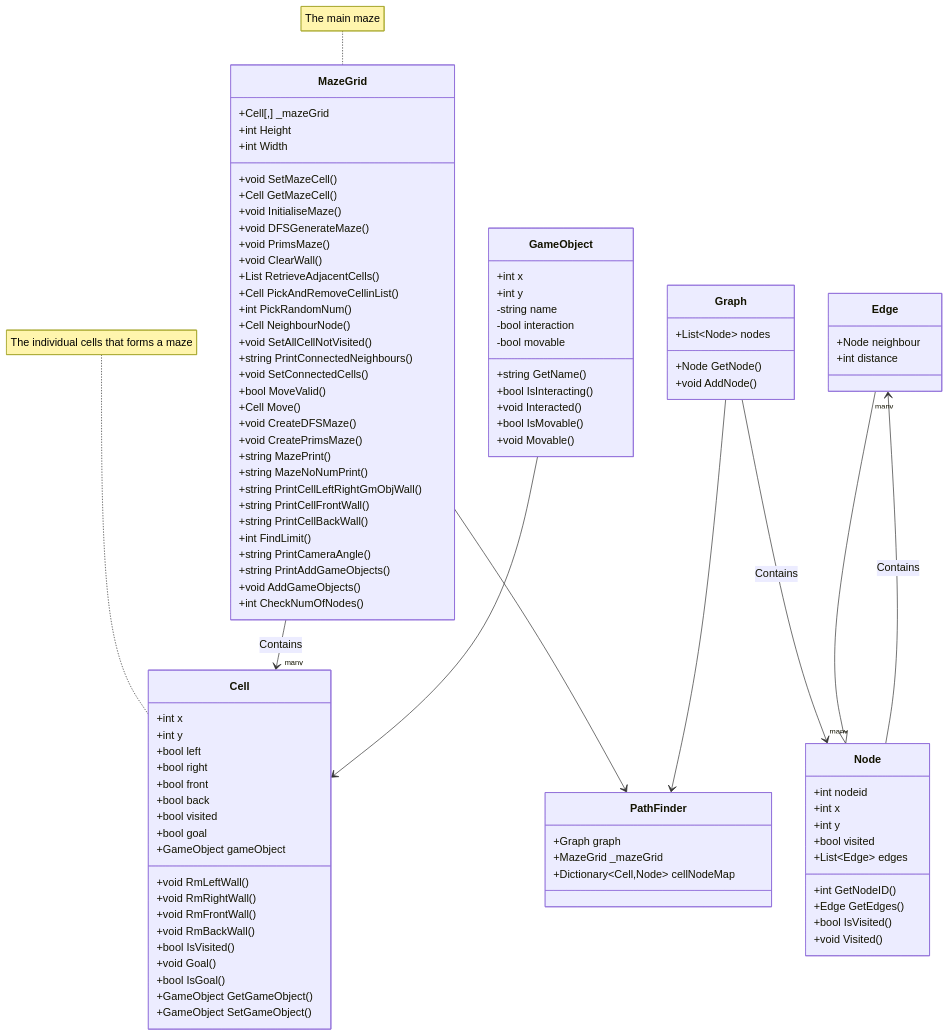
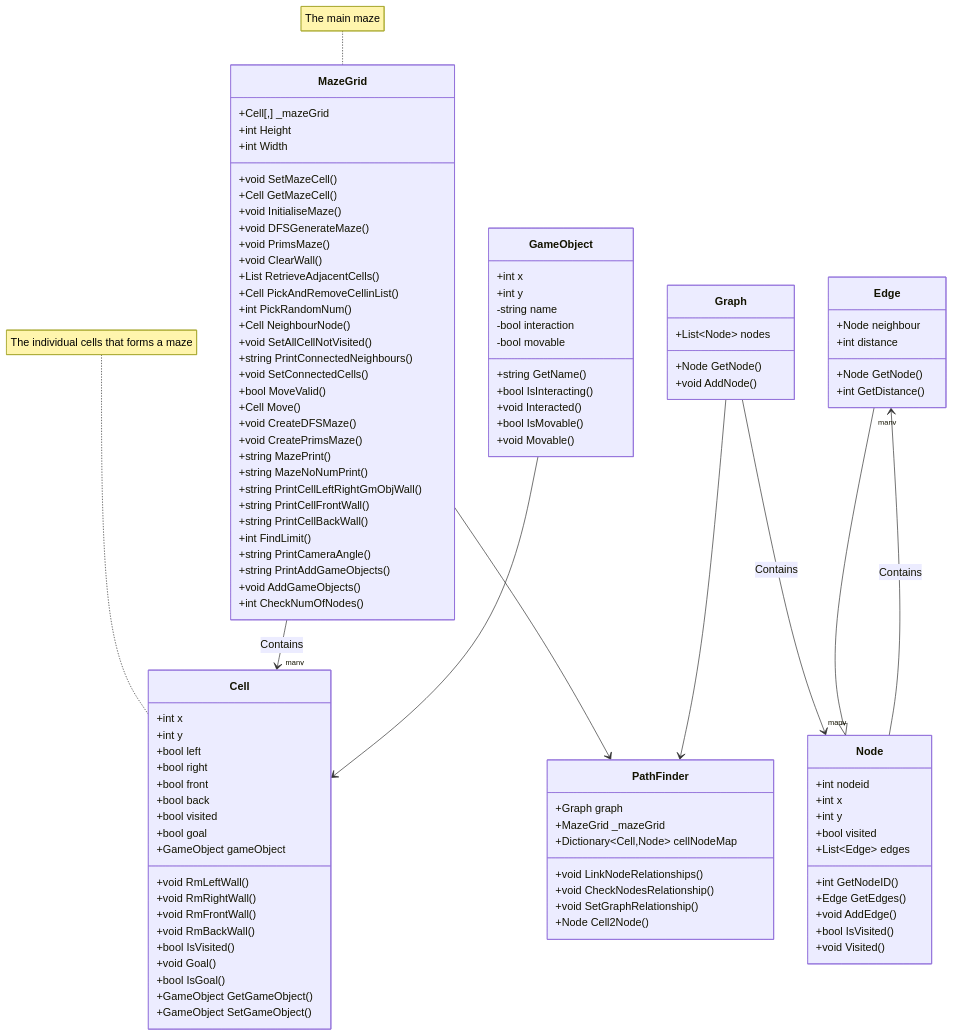
The diagram in MazeGameDocumentation.md (Jackpang-kings/FinalisedMaze), drawn with Mermaid before and after one commit. The commit also changed other lines of this file and 14 other files, not shown here.

```diff
--- a/MazeGameDocumentation.md
+++ b/MazeGameDocumentation.md
@@ -72,6 +73,8 @@
         class Edge{
 		    +Node neighbour
 		    +int distance 
+			+Node GetNode()
+			+int GetDistance()
 	    }
         class GameObject{
             +int x
@@ -98,6 +101,7 @@
 			+List~Edge~ edges
 			+int GetNodeID()
 			+Edge GetEdges()
+			+void AddEdge()
 			+bool IsVisited()
 			+void Visited()
 		}
@@ -105,6 +109,10 @@
 			+Graph graph
 			+MazeGrid _mazeGrid
 			+Dictionary~Cell,Node~ cellNodeMap
+			+void LinkNodeRelationships()
+			+void CheckNodesRelationship()
+			+void SetGraphRelationship()
+			+Node Cell2Node()
 		}
         MazeGrid --> "many" Cell : Contains
         MazeGrid-->PathFinder
```
